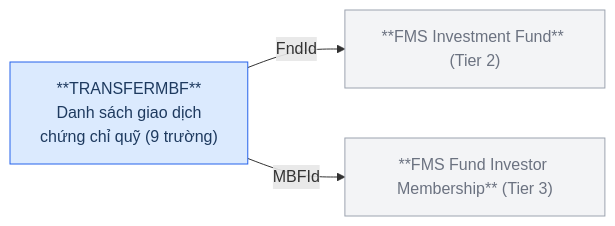
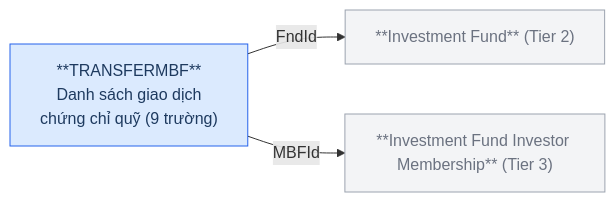
One commit to linhlvit/ubck_atomic_design changed the first of 7 diagrams in Silver/hld/FMS_HLD_Tier4.md. Above: the diagram before and after it, drawn with Mermaid. The commit also changed other lines of this file and 32 other files, not shown here.

````diff
--- a/Silver/hld/FMS_HLD_Tier4.md
+++ b/Silver/hld/FMS_HLD_Tier4.md
@@ -19,12 +19,12 @@
 ```mermaid
 graph LR
     classDef src fill:#dbeafe,stroke:#2563eb,color:#1e3a5f
     classDef ref fill:#f3f4f6,stroke:#9ca3af,color:#6b7280
 
-    FUNDS["**FMS Investment Fund** (Tier 2)"]:::ref
-    MBFUND["**FMS Fund Investor Membership** (Tier 3)"]:::ref
+    FUNDS["**Investment Fund** (Tier 2)"]:::ref
+    MBFUND["**Investment Fund Investor Membership** (Tier 3)"]:::ref
     TRANSFERMBF["**TRANSFERMBF**\nDanh sách giao dịch\nchứng chỉ quỹ (9 trường)"]:::src
 
     TRANSFERMBF -->|FndId| FUNDS
     TRANSFERMBF -->|MBFId| MBFUND
 ```
````
